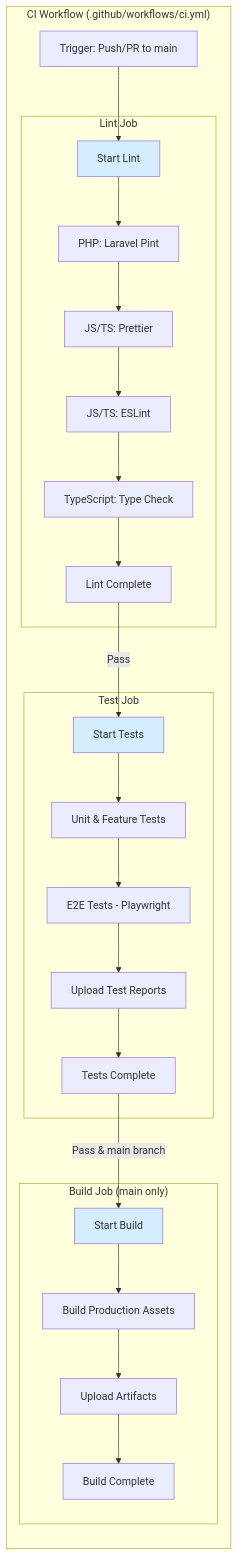
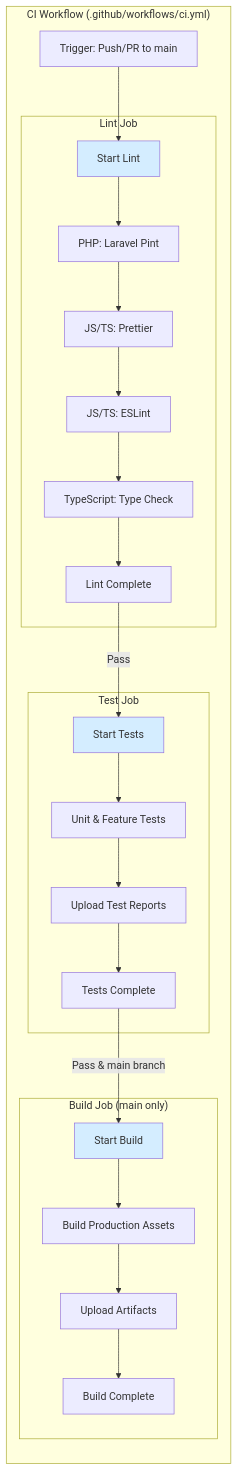
Before and after one commit to TheRealKoller/travel-map: the second of 7 diagrams in docs/WORKFLOW_DIAGRAM.md, drawn with Mermaid. The commit also changed 58 other files, not shown here.

````diff
--- a/docs/WORKFLOW_DIAGRAM.md
+++ b/docs/WORKFLOW_DIAGRAM.md
@@ -49,35 +49,34 @@
 ```mermaid
 graph LR
     subgraph "CI Workflow (.github/workflows/ci.yml)"
         Trigger[Trigger: Push/PR to main] --> LintJob
         
         subgraph "Lint Job"
             LintJob[Start Lint] --> PHPLint[PHP: Laravel Pint]
             PHPLint --> Prettier[JS/TS: Prettier]
             Prettier --> ESLint[JS/TS: ESLint]
             ESLint --> TSCheck[TypeScript: Type Check]
             TSCheck --> LintDone[Lint Complete]
         end
         
         LintDone -->|Pass| TestJob
         
         subgraph "Test Job"
             TestJob[Start Tests] --> UnitTest[Unit & Feature Tests]
-            UnitTest --> E2ETest[E2E Tests - Playwright]
-            E2ETest --> Upload[Upload Test Reports]
+            UnitTest --> Upload[Upload Test Reports]
             Upload --> TestDone[Tests Complete]
         end
         
         TestDone -->|Pass & main branch| BuildJob
         
         subgraph "Build Job (main only)"
             BuildJob[Start Build] --> BuildAssets[Build Production Assets]
             BuildAssets --> UploadArtifacts[Upload Artifacts]
             UploadArtifacts --> BuildDone[Build Complete]
         end
     end
     
     style LintJob fill:#d4edff
     style TestJob fill:#d4edff
     style BuildJob fill:#d4edff
 ```
````
